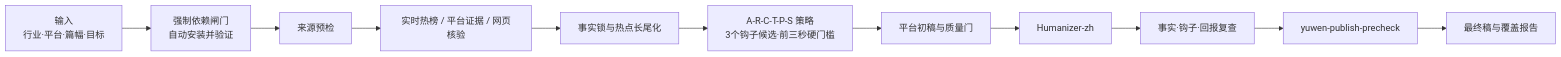
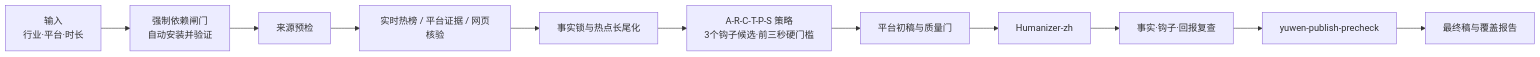
Before and after one commit to shanwen222/trend-to-script-cn: the diagram in README.md, drawn with Mermaid. The commit also changed other lines of this file and 1 other file, not shown here.

````diff
--- a/README.md
+++ b/README.md
@@ -11,13 +11,13 @@
 ```mermaid
 flowchart LR
-    A["输入<br/>行业·平台·篇幅·目标"] --> B["强制依赖闸门<br/>自动安装并验证"]
+    A["输入<br/>行业·平台·时长"] --> B["强制依赖闸门<br/>自动安装并验证"]
     B --> C["来源预检"]
     C --> D["实时热榜 / 平台证据 / 网页核验"]
     D --> E["事实锁与热点长尾化"]
     E --> F["A-R-C-T-P-S 策略<br/>3个钩子候选·前三秒硬门槛"]
     F --> G["平台初稿与质量门"]
     G --> H["Humanizer-zh"]
     H --> I["事实·钩子·回报复查"]
     I --> J["yuwen-publish-precheck"]
     J --> K["最终稿与覆盖报告"]
 ```
````
